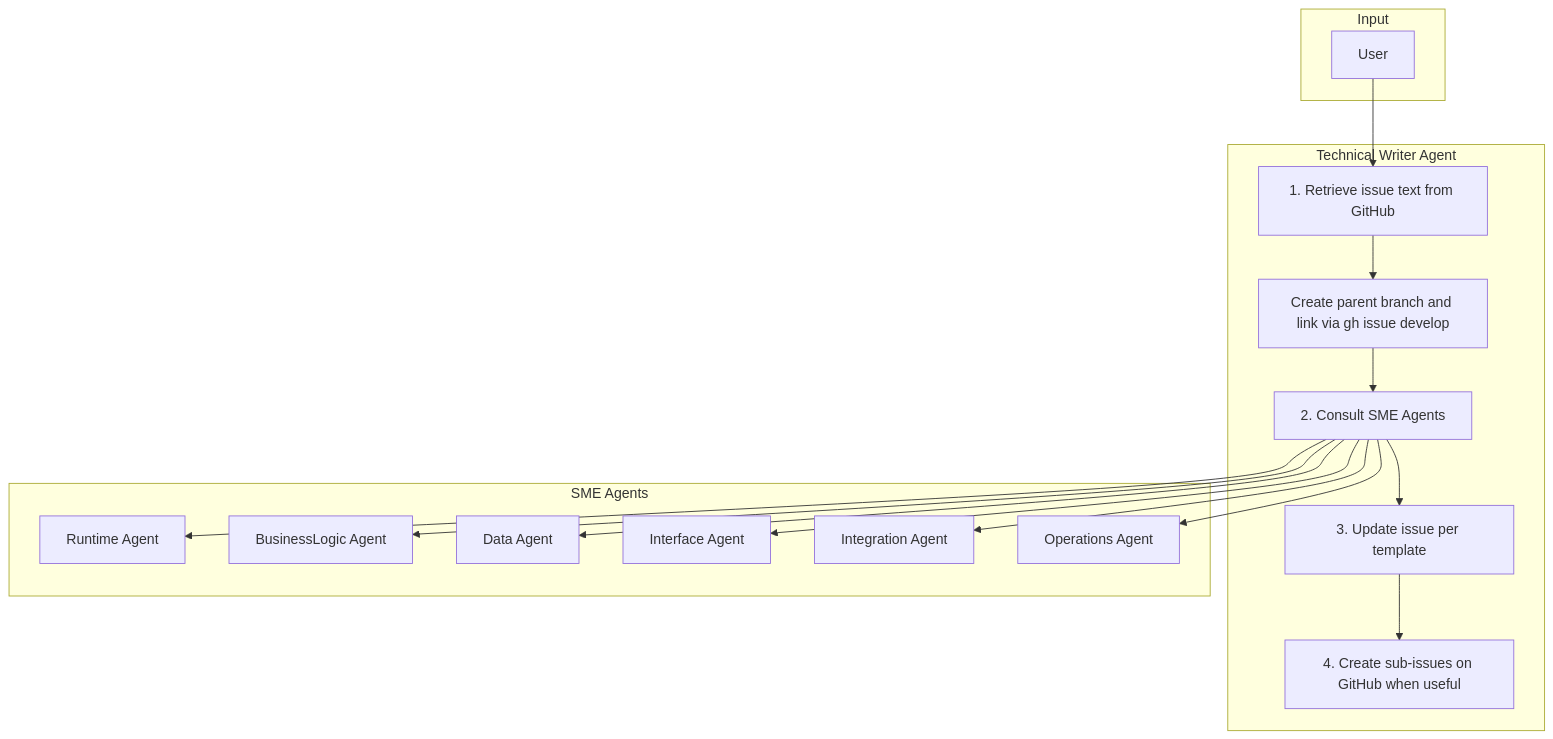
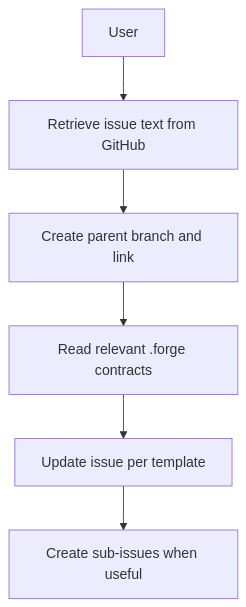
One commit to alto9/forge changed the diagram in docs/agents/tech-writer.md. Above: the diagram before and after it, drawn with Mermaid. The commit also changed other lines of this file and 29 other files, not shown here.

````diff
--- a/docs/agents/tech-writer.md
+++ b/docs/agents/tech-writer.md
@@ -13,35 +13,8 @@
 ```mermaid
 flowchart TD
-    subgraph Input
-        A[User]
-    end
-
-    subgraph TechnicalWriterAgent["Technical Writer Agent"]
-        B[1. Retrieve issue text from GitHub]
-        C[Create parent branch and link via gh issue develop]
-        D[2. Consult SME Agents]
-        E[3. Update issue per template]
-        F[4. Create sub-issues on GitHub when useful]
-    end
-
-    subgraph SME["SME Agents"]
-        H[Runtime Agent]
-        I[BusinessLogic Agent]
-        J[Data Agent]
-        K[Interface Agent]
-        L[Integration Agent]
-        M[Operations Agent]
-    end
-
-    A --> B
-    B --> C
-    C --> D
-    D --> H
-    D --> I
-    D --> J
-    D --> K
-    D --> L
-    D --> M
-    D --> E
-    E --> F
+    A[User] --> B[Retrieve issue text from GitHub]
+    B --> C[Create parent branch and link]
+    C --> D[Read relevant .forge contracts]
+    D --> E[Update issue per template]
+    E --> F[Create sub-issues when useful]
 ```
````
